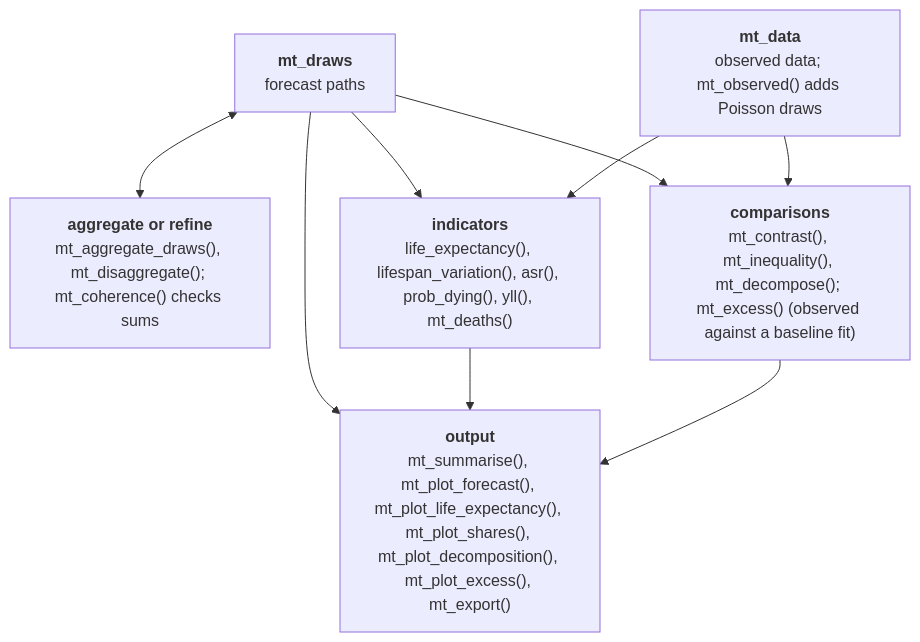
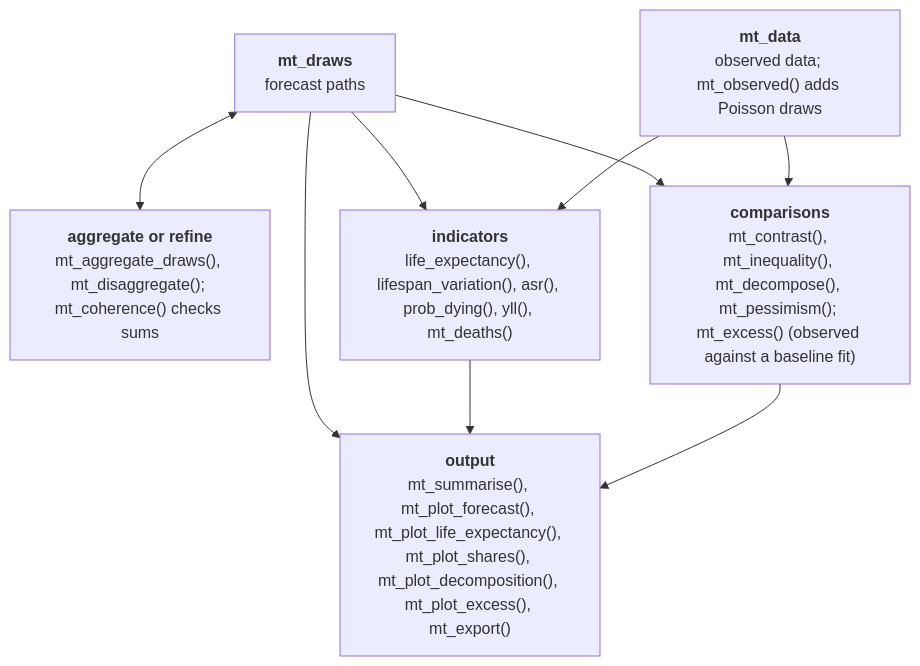
The diagram in dev/diagrams/function-map-results.mmd (kalleEF/mortensor), drawn with Mermaid before and after one commit. The commit also changed 5 other files, not shown here.

```diff
--- a/dev/diagrams/function-map-results.mmd
+++ b/dev/diagrams/function-map-results.mmd
@@ -1,21 +1,21 @@
 flowchart TD
   P["`**mt_draws**
   forecast paths`"]
   O["`**mt_data**
   observed data; mt_observed() adds Poisson draws`"]
   AGG["`**aggregate or refine**
   mt_aggregate_draws(), mt_disaggregate(); mt_coherence() checks sums`"]
   IND["`**indicators**
   life_expectancy(), lifespan_variation(), asr(), prob_dying(), yll(), mt_deaths()`"]
   COMP["`**comparisons**
-  mt_contrast(), mt_inequality(), mt_decompose(); mt_excess() (observed against a baseline fit)`"]
+  mt_contrast(), mt_inequality(), mt_decompose(), mt_pessimism(); mt_excess() (observed against a baseline fit)`"]
   OUT["`**output**
   mt_summarise(), mt_plot_forecast(), mt_plot_life_expectancy(), mt_plot_shares(), mt_plot_decomposition(), mt_plot_excess(), mt_export()`"]
   P <--> AGG
   P --> IND
   O --> IND
   P --> COMP
   O --> COMP
   P --> OUT
   IND --> OUT
   COMP --> OUT
```
